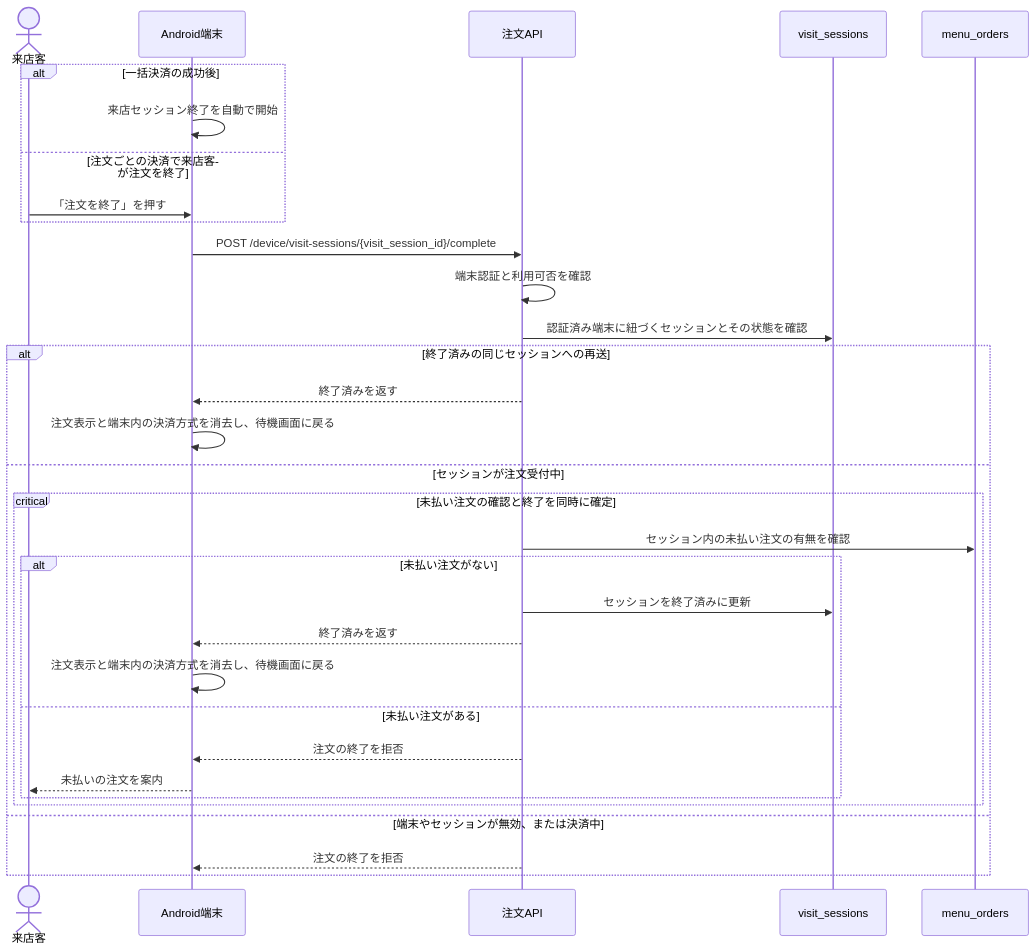
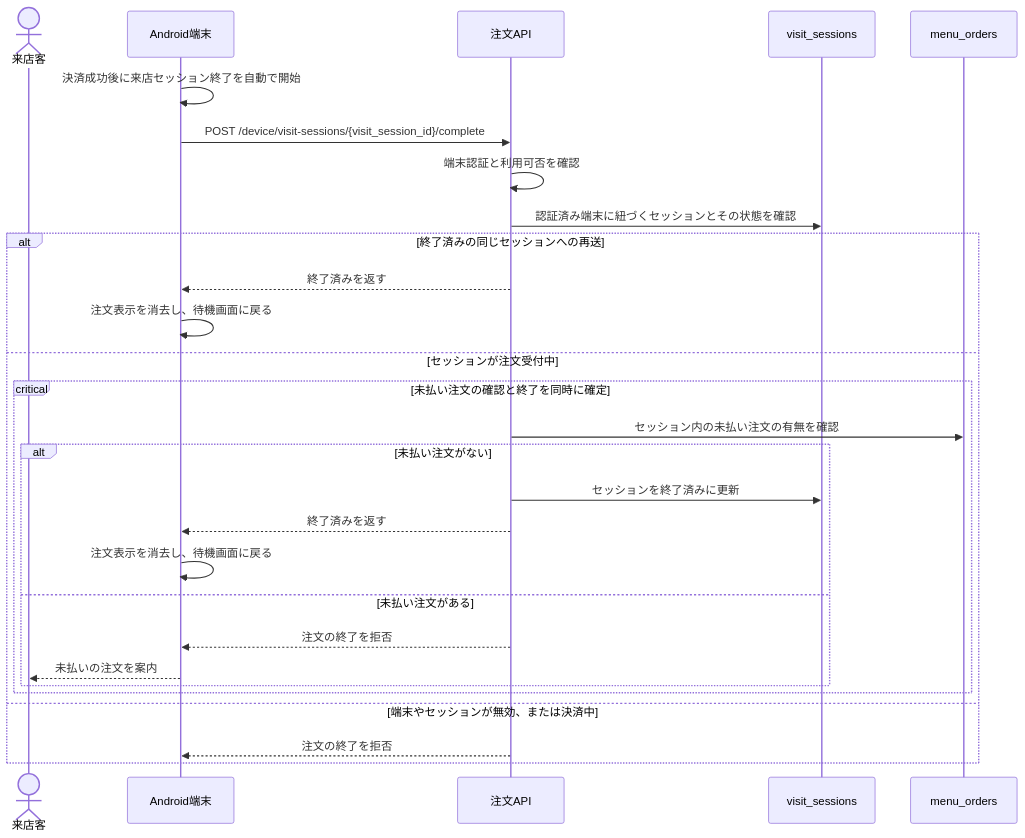
The eighth of 9 diagrams in docs/メニューオーダーフロー.md (terao06/teraid-pay-api), drawn with Mermaid before and after one commit. The commit also changed other lines of this file and 34 other files, not shown here.

````diff
--- a/docs/メニューオーダーフロー.md
+++ b/docs/メニューオーダーフロー.md
@@ -412,35 +400,31 @@
 ```mermaid
 sequenceDiagram
     actor Guest as 来店客
     participant Device as Android端末
     participant API as 注文API
     participant Visits as visit_sessions
     participant Orders as menu_orders
 
-    alt 一括決済の成功後
-        Device->>Device: 来店セッション終了を自動で開始
-    else 注文ごとの決済で来店客が注文を終了
-        Guest->>Device: 「注文を終了」を押す
-    end
+    Device->>Device: 決済成功後に来店セッション終了を自動で開始
     Device->>API: POST /device/visit-sessions/{visit_session_id}/complete
     API->>API: 端末認証と利用可否を確認
     API->>Visits: 認証済み端末に紐づくセッションとその状態を確認
     alt 終了済みの同じセッションへの再送
         API-->>Device: 終了済みを返す
-        Device->>Device: 注文表示と端末内の決済方式を消去し、待機画面に戻る
+        Device->>Device: 注文表示を消去し、待機画面に戻る
     else セッションが注文受付中
         critical 未払い注文の確認と終了を同時に確定
             API->>Orders: セッション内の未払い注文の有無を確認
             alt 未払い注文がない
                 API->>Visits: セッションを終了済みに更新
                 API-->>Device: 終了済みを返す
-                Device->>Device: 注文表示と端末内の決済方式を消去し、待機画面に戻る
+                Device->>Device: 注文表示を消去し、待機画面に戻る
             else 未払い注文がある
                 API-->>Device: 注文の終了を拒否
                 Device-->>Guest: 未払いの注文を案内
             end
         end
     else 端末やセッションが無効、または決済中
         API-->>Device: 注文の終了を拒否
     end
 ```
````
